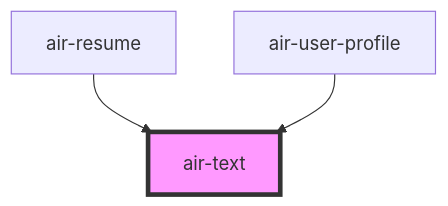
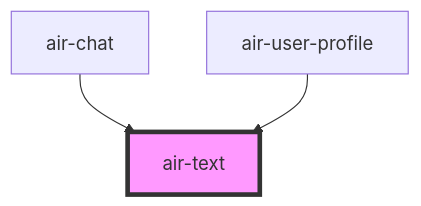
The diagram in src/components/text/readme.md (openwebstudio/AirUI), drawn with Mermaid before and after one commit. The commit also changed other lines of this file and 13 other files, not shown here.

````diff
--- a/src/components/text/readme.md
+++ b/src/components/text/readme.md
@@ -29,6 +29,6 @@
 ```mermaid
 graph TD;
-  air-resume --> air-text
+  air-chat --> air-text
   air-user-profile --> air-text
   style air-text fill:#f9f,stroke:#333,stroke-width:4px
 ```
````
